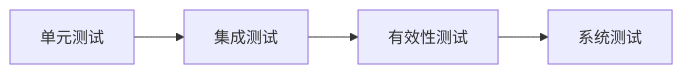
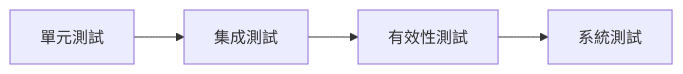
One commit to chchoiw/chchoiw.github.io changed the tenth of 10 diagrams in _posts/2022-07-04-02333-software_engineer.md. Above: the diagram before and after it, drawn with Mermaid. The commit also changed other lines of this file, not shown here.

````diff
--- a/_posts/2022-07-04-02333-software_engineer.md
+++ b/_posts/2022-07-04-02333-software_engineer.md
@@ -1062,12 +1062,12 @@
 ```mermaid
 graph LR
 
-id1[单元测试]
-id2[集成测试]
-id3[有效性测试]
-id4[系统测试]
+id1[單元測試]
+id2[集成測試]
+id3[有效性測試]
+id4[系統測試]
 
 id1-->id2
 id2-->id3
 id3-->id4
 ```
````
